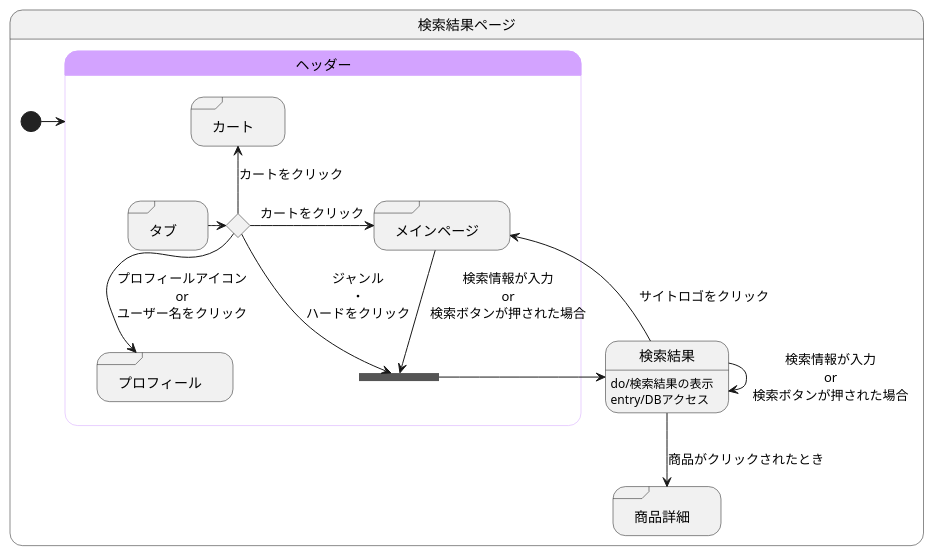
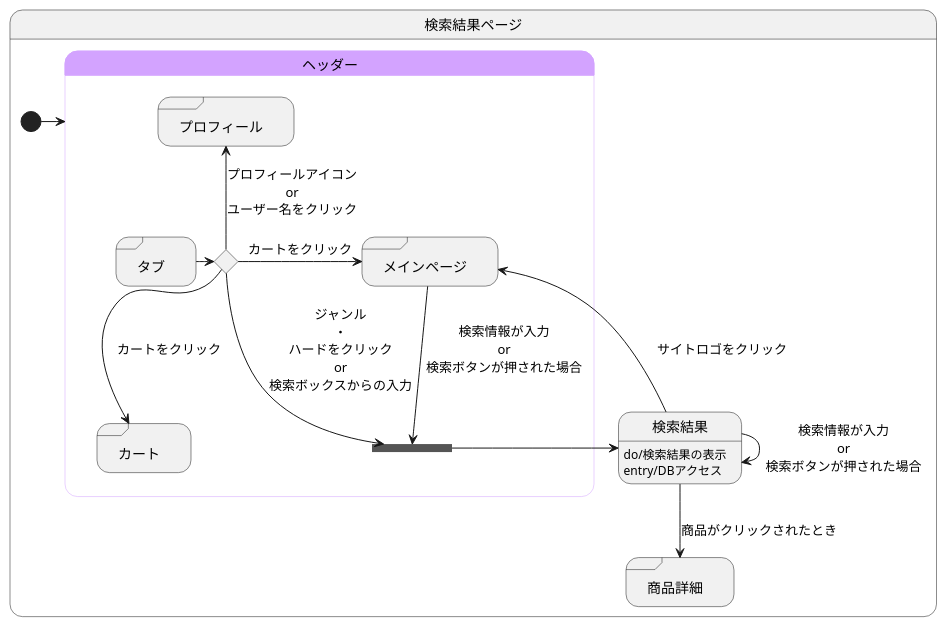
One commit to akutori/T-D-E changed the diagram in 検索結果.md. Above: the diagram before and after it, drawn with PlantUML.

Commit message:
コメントの追加と位置の再修正

````diff
--- a/検索結果.md
+++ b/検索結果.md
@@ -1,43 +1,43 @@
 ```uml
 @startuml
 state 検索結果ページ{
 
 
     state 検索結果:do/検索結果の表示
     state 検索結果:entry/DBアクセス
     state "商品詳細" as goodsdetail <<sdlreceive>>
     
 
 
     [*] -> ヘッダー
     
     検索結果 --> goodsdetail :商品がクリックされたとき
     検索結果 --> 検索結果 :検索情報が入力\nor\n検索ボタンが押された場合
     
 
     state ヘッダー<<headder>>{
         state join_header <<join>>
         state ifinput <<choice>>
         state "タブ" as tab <<sdlreceive>>
         state "カート" as cart <<sdlreceive>>
         state "プロフィール" as profile <<sdlreceive>>
         state "メインページ" as mainpage <<sdlreceive>>
 
         tab -> ifinput 
-        ifinput -up-> cart :カートをクリック
-        ifinput --> profile :プロフィールアイコン\nor\nユーザー名をクリック
+        ifinput --> cart :カートをクリック
+        ifinput -up-> profile :プロフィールアイコン\nor\nユーザー名をクリック
         ifinput -> mainpage :カートをクリック
-        ifinput --> join_header :ジャンル\n・\nハードをクリック
+        ifinput --> join_header :ジャンル\n・\nハードをクリック\nor\n検索ボックスからの入力
 
         mainpage --> join_header :検索情報が入力\nor\n検索ボタンが押された場合
         検索結果 --> mainpage :サイトロゴをクリック
         join_header -> 検索結果
     }
 
     skinparam stateBorderColor<<headder>> #d3a3ff
     state ヘッダー #d3a3ff
 
 }
 
 @enduml
 ```
````
